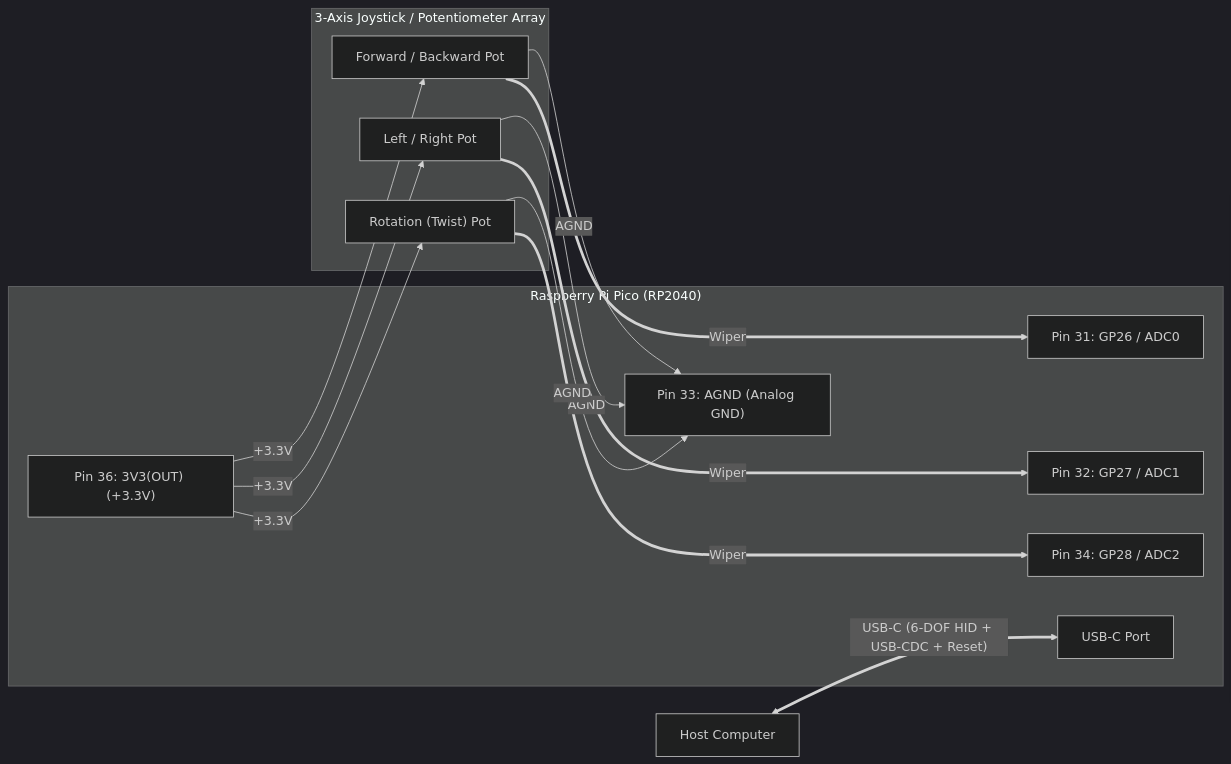
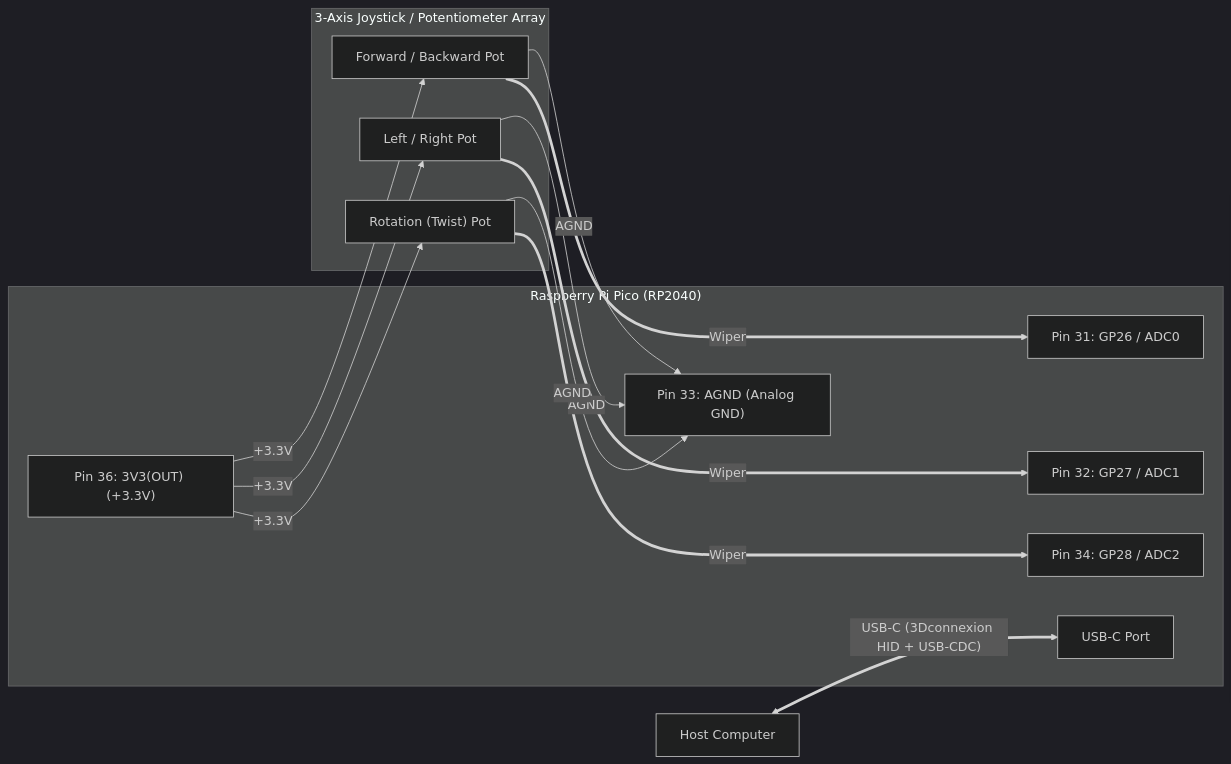
Before and after one commit to Mrunmoy/pico-3d-mouse: the diagram in README.md, drawn with Mermaid (dark theme). The commit also changed other lines of this file, not shown here.

Commit message:
docs(readme): organize README with table of contents and logical reader flow

````diff
--- a/README.md
+++ b/README.md
@@ -60,26 +94,26 @@
 ```mermaid
 flowchart LR
-    Host["Host Computer"] <==>|"USB-C (6-DOF HID + USB-CDC + Reset)"| USB["USB-C Port"]
+    Host["Host Computer"] <==>|"USB-C (3Dconnexion HID + USB-CDC)"| USB["USB-C Port"]
 
     subgraph Pico["Raspberry Pi Pico (RP2040)"]
         USB
         Pin36["Pin 36: 3V3(OUT) (+3.3V)"]
         Pin34["Pin 34: GP28 / ADC2"]
         Pin33["Pin 33: AGND (Analog GND)"]
         Pin32["Pin 32: GP27 / ADC1"]
         Pin31["Pin 31: GP26 / ADC0"]
     end
 
     subgraph Pots["3-Axis Joystick / Potentiometer Array"]
         PotFB["Forward / Backward Pot"]
         PotLR["Left / Right Pot"]
         PotRot["Rotation (Twist) Pot"]
     end
 
     Pin36 -->|"+3.3V"| PotFB & PotLR & PotRot
     PotFB & PotLR & PotRot -->|"AGND"| Pin33
 
     PotFB ===>|"Wiper"| Pin31
     PotLR ===>|"Wiper"| Pin32
     PotRot ===>|"Wiper"| Pin34
 ```
````
